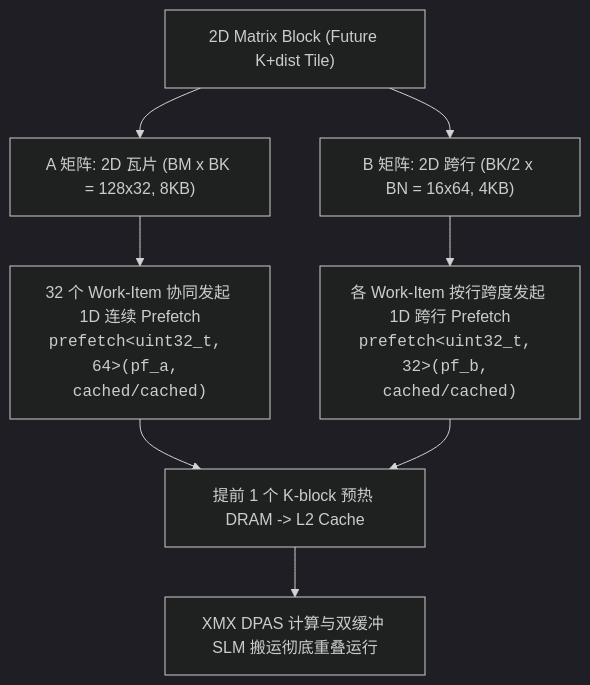
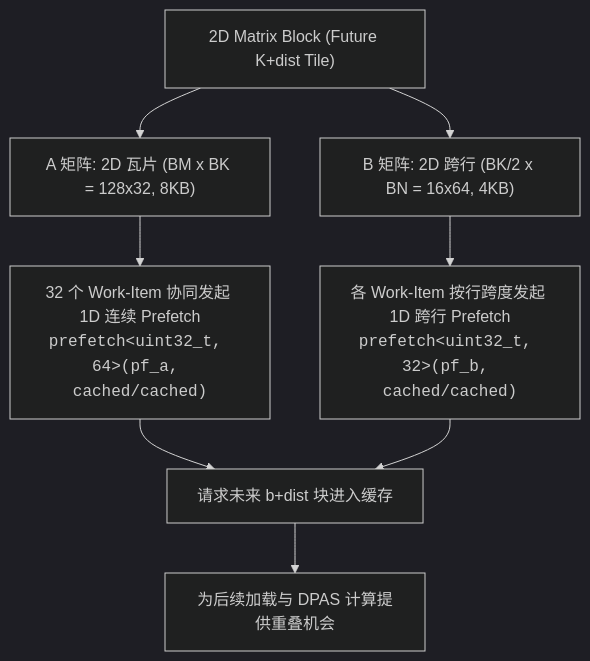
Before and after one commit to Blackwood416/Blackwood416.github.io: the second of 2 diagrams in src/content/blog/xpu-trick-01.md, drawn with Mermaid (dark theme). The commit also changed other lines of this file, not shown here.

````diff
--- a/src/content/blog/xpu-trick-01.md
+++ b/src/content/blog/xpu-trick-01.md
@@ -2398,10 +2446,10 @@
 ```mermaid
 graph TD
     A["2D Matrix Block (Future K+dist Tile)"] --> B["A 矩阵: 2D 瓦片 (BM x BK = 128x32, 8KB)"]
     A --> C["B 矩阵: 2D 跨行 (BK/2 x BN = 16x64, 4KB)"]
     B --> D["32 个 Work-Item 协同发起 1D 连续 Prefetch<br/><code>prefetch&lt;uint32_t, 64&gt;(pf_a, cached/cached)</code>"]
     C --> E["各 Work-Item 按行跨度发起 1D 跨行 Prefetch<br/><code>prefetch&lt;uint32_t, 32&gt;(pf_b, cached/cached)</code>"]
-    D --> F["提前 1 个 K-block 预热 DRAM -> L2 Cache"]
+    D --> F["请求未来 b+dist 块进入缓存"]
     E --> F
-    F --> G["XMX DPAS 计算与双缓冲 SLM 搬运彻底重叠运行"]
+    F --> G["为后续加载与 DPAS 计算提供重叠机会"]
 ```
````
